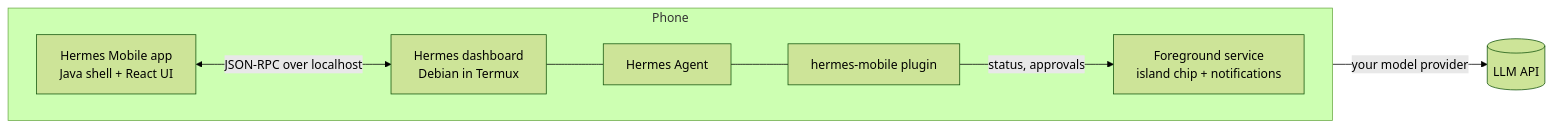
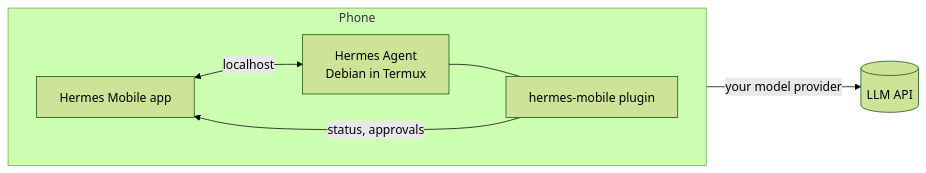
The diagram in README.md (litmaspatra/hermes-app), drawn with Mermaid (forest theme) before and after one commit. The commit also changed other lines of this file, not shown here.

Commit message:
README: simpler install section (phone or computer, agent as help), shorter troubleshooting, one Development section

````diff
--- a/README.md
+++ b/README.md
@@ -81,11 +81,10 @@
 ```mermaid
 flowchart LR
   subgraph Phone
     direction LR
-    A[Hermes Mobile app<br/>Java shell + React UI] <-->|JSON-RPC over localhost| B[Hermes dashboard<br/>Debian in Termux]
-    B --- C[Hermes Agent]
-    P[hermes-mobile plugin] -->|status, approvals| S[Foreground service<br/>island chip + notifications]
-    C --- P
+    A[Hermes Mobile app] <-->|localhost| B[Hermes Agent<br/>Debian in Termux]
+    B --- P[hermes-mobile plugin]
+    P -->|status, approvals| A
   end
-  C -->|your model provider| M[(LLM API)]
+  B -->|your model provider| M[(LLM API)]
 ```
````
